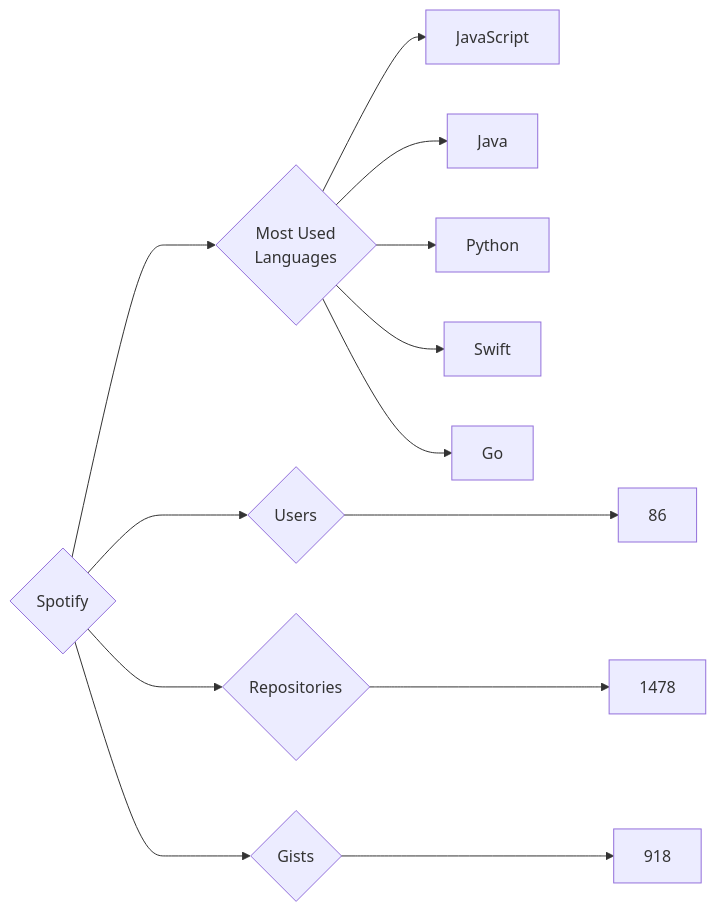
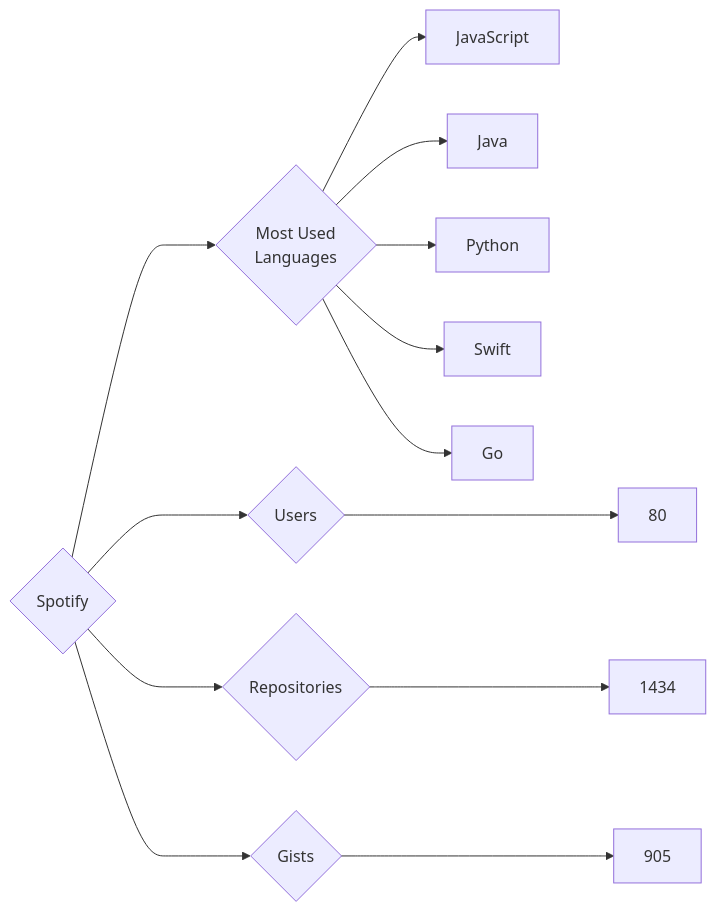
One commit to trickest/insiders changed the diagram in targets/Spotify/README.md. Above: the diagram before and after it, drawn with Mermaid. The commit also changed 886 other files, not shown here.

````diff
--- a/targets/Spotify/README.md
+++ b/targets/Spotify/README.md
@@ -3,13 +3,13 @@
 ```mermaid
 graph LR
 COMPANY_NAME{Spotify}
-COMPANY_NAME ---> U{Users} ---> UN[86]
-COMPANY_NAME ---> R{Repositories} ---> RN[1478]
-COMPANY_NAME ---> G{Gists} ---> GN[918]
+COMPANY_NAME ---> U{Users} ---> UN[80]
+COMPANY_NAME ---> R{Repositories} ---> RN[1434]
+COMPANY_NAME ---> G{Gists} ---> GN[905]
 COMPANY_NAME ---> ML{Most Used<br>Languages}
 ML --> JavaScript[JavaScript]
 ML --> Java[Java]
 ML --> Python[Python]
 ML --> Swift[Swift]
 ML --> Go[Go]
 ```
````
